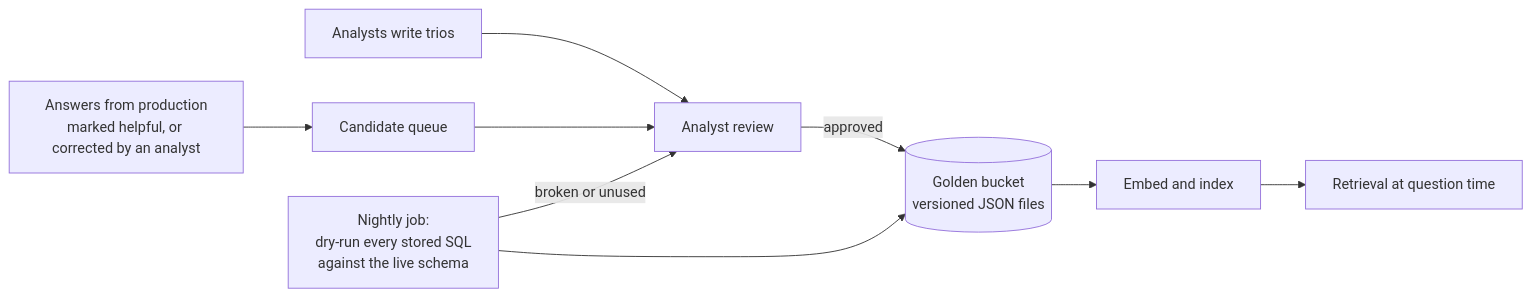
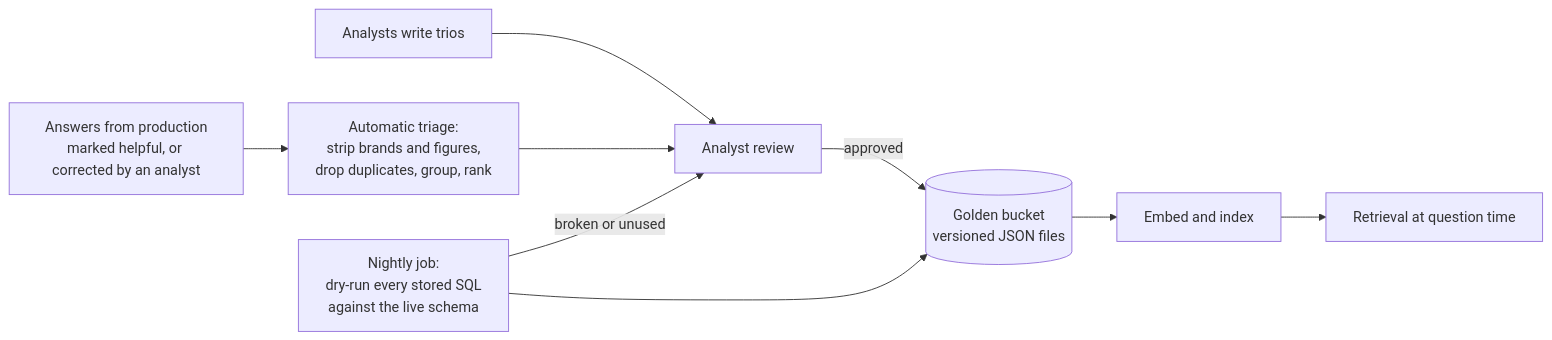
Before and after one commit to rupszi/tech-demo-retail-05: the fourth of 6 diagrams in docs/DESIGN.md, drawn with Mermaid. The commit also changed other lines of this file and 8 other files, not shown here.

````diff
--- a/docs/DESIGN.md
+++ b/docs/DESIGN.md
@@ -222,11 +256,11 @@
 ```mermaid
 flowchart LR
     analysts["Analysts write trios"] --> review["Analyst review"]
-    prod["Answers from production<br/>marked helpful, or corrected by an analyst"] --> cand["Candidate queue"]
-    cand --> review
+    prod["Answers from production<br/>marked helpful, or corrected by an analyst"] --> triage["Automatic triage:<br/>strip brands and figures,<br/>drop duplicates, group, rank"]
+    triage --> review
     review -->|approved| bucket[("Golden bucket<br/>versioned JSON files")]
     bucket --> index["Embed and index"]
     index --> retrieve["Retrieval at question time"]
     nightly["Nightly job:<br/>dry-run every stored SQL<br/>against the live schema"] --> bucket
     nightly -->|broken or unused| review
 ```
````
